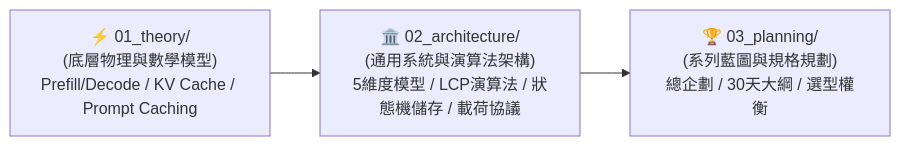
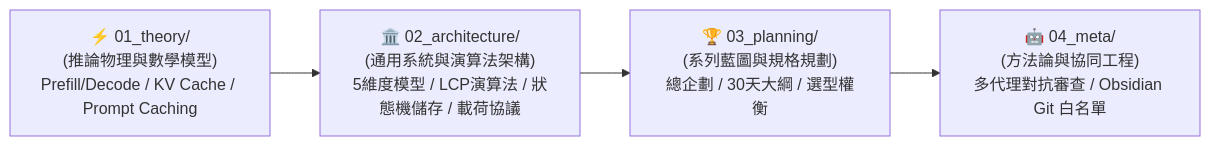
Before and after one commit to daniel-yang1739/Hemidall: the diagram in docs/02_wiki/index.md, drawn with Mermaid. The commit also changed other lines of this file and 9 other files, not shown here.

````diff
--- a/docs/02_wiki/index.md
+++ b/docs/02_wiki/index.md
@@ -11,5 +11,6 @@
 ```mermaid
 flowchart LR
-    M1["⚡ 01_theory/<br/>(底層物理與數學模型)<br/>Prefill/Decode / KV Cache / Prompt Caching"] --> M2["🏛️ 02_architecture/<br/>(通用系統與演算法架構)<br/>5維度模型 / LCP演算法 / 狀態機儲存 / 載荷協議"]
+    M1["⚡ 01_theory/<br/>(推論物理與數學模型)<br/>Prefill/Decode / KV Cache / Prompt Caching"] --> M2["🏛️ 02_architecture/<br/>(通用系統與演算法架構)<br/>5維度模型 / LCP演算法 / 狀態機儲存 / 載荷協議"]
     M2 --> M3["🏆 03_planning/<br/>(系列藍圖與規格規劃)<br/>總企劃 / 30天大綱 / 選型權衡"]
+    M3 --> M4["🤖 04_meta/<br/>(方法論與協同工程)<br/>多代理對抗審查 / Obsidian Git 白名單"]
 ```
````
